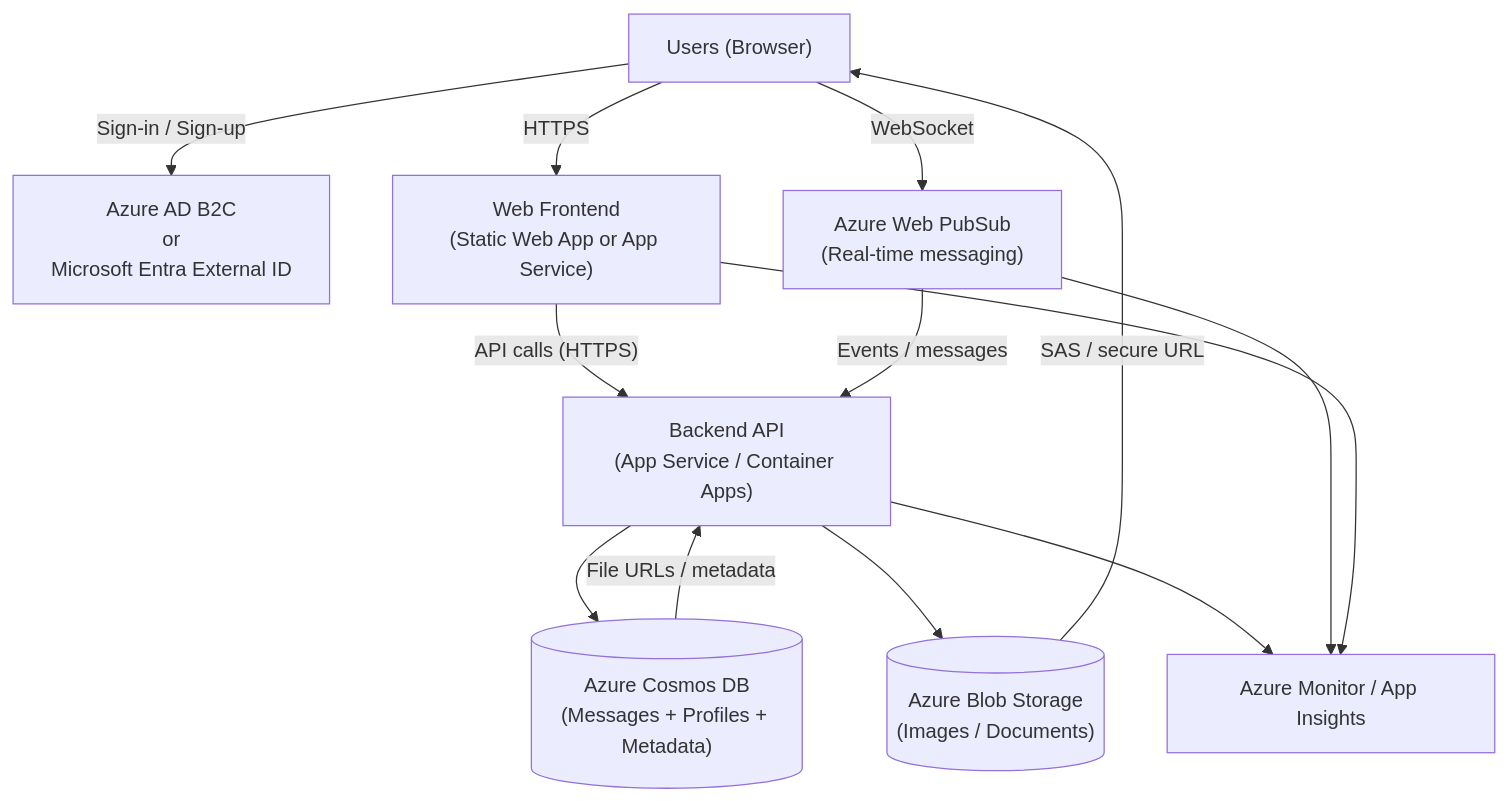
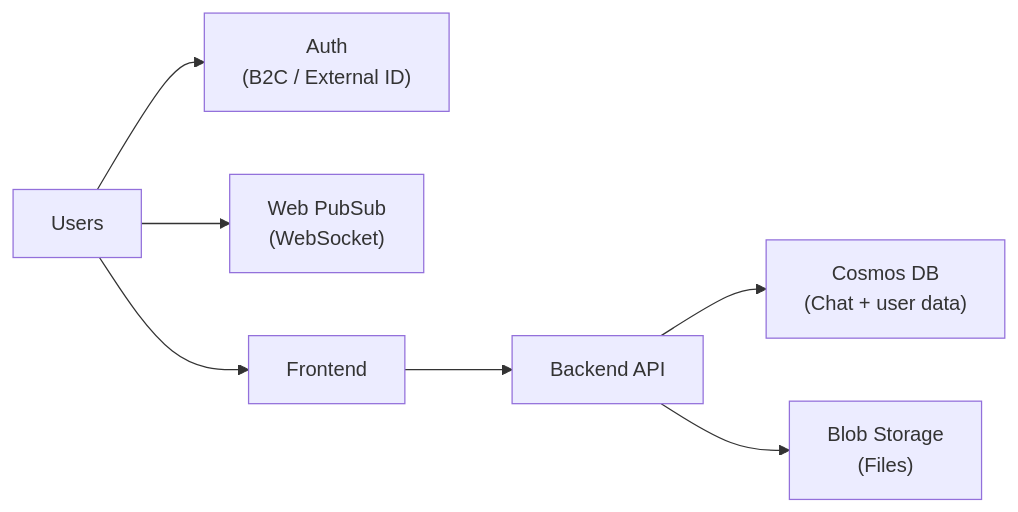
One commit to XinyiZhao-cloud/CST8912_Group_Project changed the diagram in Overview.md. Above: the diagram before and after it, drawn with Mermaid.

````diff
--- a/Overview.md
+++ b/Overview.md
@@ -5,20 +5,9 @@
 ```mermaid
-flowchart TB
-  U["Users (Browser)"] -->|"Sign-in / Sign-up"| ID["Azure AD B2C\nor\nMicrosoft Entra External ID"]
-
-  U -->|"HTTPS"| FE["Web Frontend\n(Static Web App or App Service)"]
-  FE -->|"API calls (HTTPS)"| API["Backend API\n(App Service / Container Apps)"]
-
-  U -->|"WebSocket"| WPS["Azure Web PubSub\n(Real-time messaging)"]
-  WPS -->|"Events / messages"| API
-
-  API --> DB[("Azure Cosmos DB\n(Messages + Profiles + Metadata)")]
-  API --> BL[("Azure Blob Storage\n(Images / Documents)")]
-
-  DB -->|"File URLs / metadata"| API
-  BL -->|"SAS / secure URL"| U
-
-  API --> MON["Azure Monitor / App Insights"]
-  WPS --> MON
-  FE --> MON
+flowchart LR
+  U["Users"] --> ID["Auth\n(B2C / External ID)"]
+  U --> WPS["Web PubSub\n(WebSocket)"]
+  U --> FE["Frontend"]
+  FE --> API["Backend API"]
+  API --> DB["Cosmos DB\n(Chat + user data)"]
+  API --> BL["Blob Storage\n(Files)"]
 ```
````
